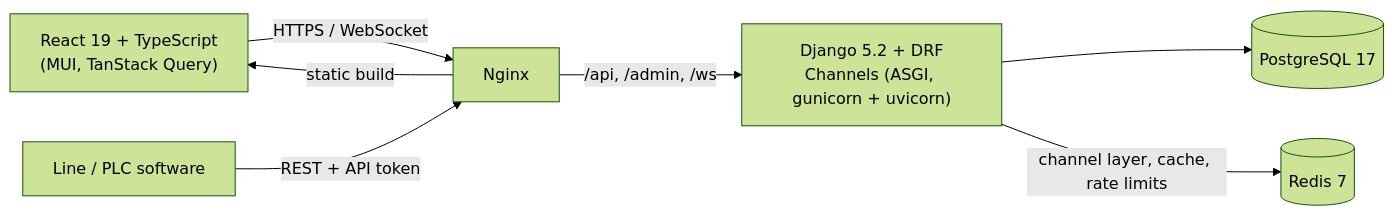
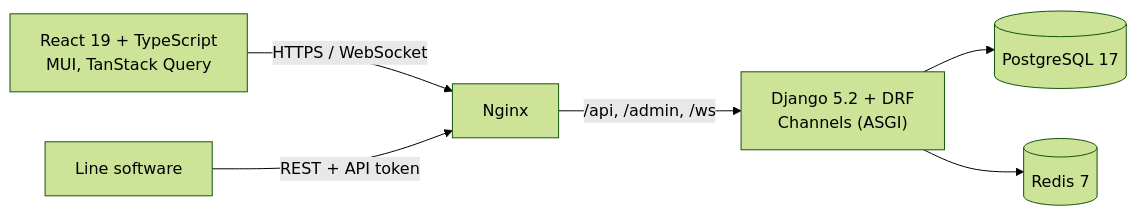
One commit to djebabToufik/sample_project changed the diagram in README.md. Above: the diagram before and after it, drawn with Mermaid (forest theme). The commit also changed other lines of this file and 8 other files, not shown here.

````diff
--- a/README.md
+++ b/README.md
@@ -35,9 +42,8 @@
 ```mermaid
 flowchart LR
-    Browser["React 19 + TypeScript<br/>(MUI, TanStack Query)"] -- "HTTPS / WebSocket" --> Nginx
-    Machines["Line / PLC software"] -- "REST + API token" --> Nginx
-    Nginx -- "/api, /admin, /ws" --> Django["Django 5.2 + DRF<br/>Channels (ASGI, gunicorn + uvicorn)"]
-    Nginx -- "static build" --> Browser
+    Browser["React 19 + TypeScript<br/>MUI, TanStack Query"] -- "HTTPS / WebSocket" --> Nginx
+    Machines["Line software"] -- "REST + API token" --> Nginx
+    Nginx -- "/api, /admin, /ws" --> Django["Django 5.2 + DRF<br/>Channels (ASGI)"]
     Django --> Postgres[(PostgreSQL 17)]
-    Django -- "channel layer, cache, rate limits" --> Redis[(Redis 7)]
+    Django --> Redis[(Redis 7)]
 ```
````
